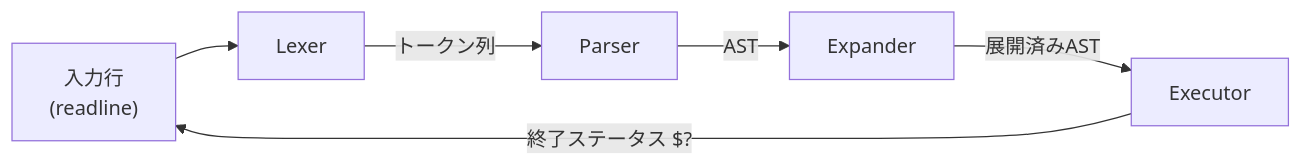
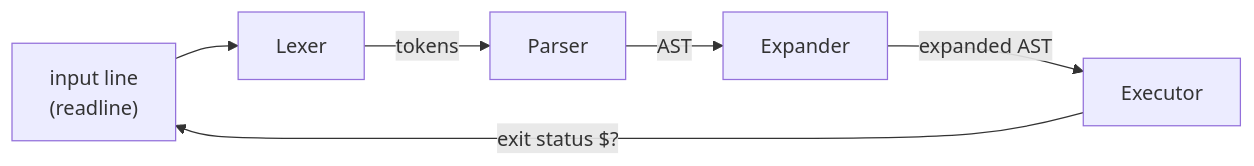
One commit to Kizuna42/minishell changed the first of 3 diagrams in README.md. Above: the diagram before and after it, drawn with Mermaid. The commit also changed other lines of this file and 1 other file, not shown here.

````diff
--- a/README.md
+++ b/README.md
@@ -253,8 +57,8 @@
 ```mermaid
 flowchart LR
-    A["入力行<br/>(readline)"] --> B[Lexer]
-    B -->|トークン列| C[Parser]
+    A["input line<br/>(readline)"] --> B[Lexer]
+    B -->|tokens| C[Parser]
     C -->|AST| D[Expander]
-    D -->|展開済みAST| E[Executor]
-    E -->|終了ステータス $?| A
+    D -->|expanded AST| E[Executor]
+    E -->|exit status $?| A
 ```
````
